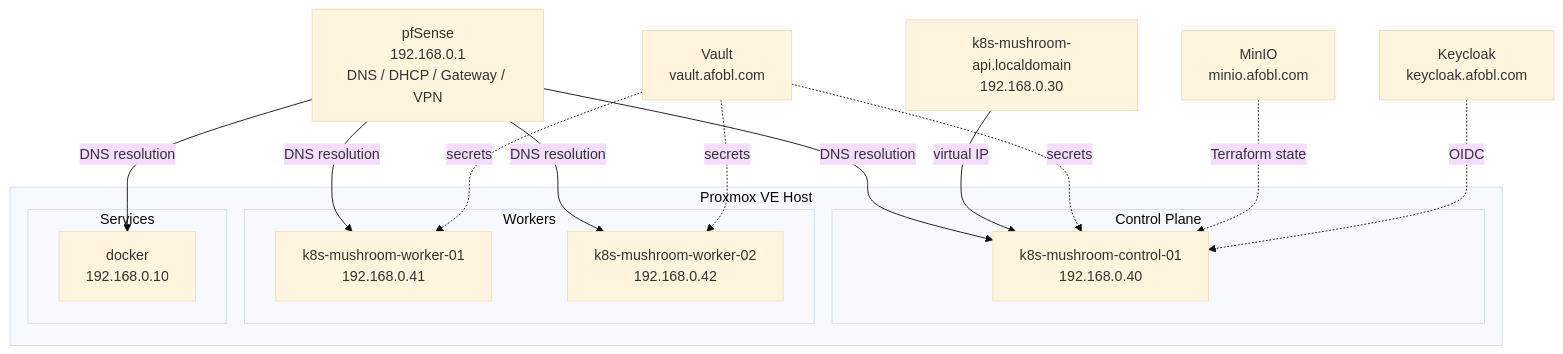
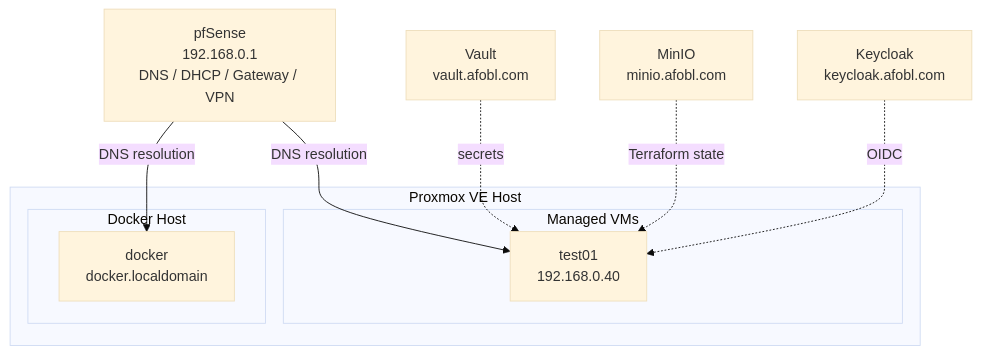
Before and after one commit to warelock2/infraops: the first of 4 diagrams in docs/ARCHITECTURE.md, drawn with Mermaid (base theme). The commit also changed other lines of this file and 7 other files, not shown here.

````diff
--- a/docs/ARCHITECTURE.md
+++ b/docs/ARCHITECTURE.md
@@ -67,32 +73,22 @@
 ```mermaid
 graph TD
     subgraph "Proxmox VE Host"
-        subgraph "Control Plane"
-            CP01["k8s-mushroom-control-01<br/>192.168.0.40"]
+        subgraph "Managed VMs"
+            TEST01["test01<br/>192.168.0.40"]
         end
-        subgraph "Workers"
-            W01["k8s-mushroom-worker-01<br/>192.168.0.41"]
-            W02["k8s-mushroom-worker-02<br/>192.168.0.42"]
-        end
-        subgraph "Services"
-            DOCKER["docker<br/>192.168.0.10"]
+        subgraph "Docker Host"
+            DOCKER["docker<br/>docker.localdomain"]
         end
     end
 
     FIREWALL["pfSense<br/>192.168.0.1<br/>DNS / DHCP / Gateway / VPN"]
-    VIP["k8s-mushroom-api.localdomain<br/>192.168.0.30"]
     VAULT["Vault<br/>vault.afobl.com"]
     MINIO["MinIO<br/>minio.afobl.com"]
     KEYCLOAK["Keycloak<br/>keycloak.afobl.com"]
 
-    FIREWALL -->|"DNS resolution"| CP01
-    FIREWALL -->|"DNS resolution"| W01
-    FIREWALL -->|"DNS resolution"| W02
+    FIREWALL -->|"DNS resolution"| TEST01
     FIREWALL -->|"DNS resolution"| DOCKER
-    VIP -->|"virtual IP"| CP01
-    VAULT -.->|"secrets"| CP01
-    VAULT -.->|"secrets"| W01
-    VAULT -.->|"secrets"| W02
-    MINIO -.->|"Terraform state"| CP01
-    KEYCLOAK -.->|"OIDC"| CP01
+    VAULT -.->|"secrets"| TEST01
+    MINIO -.->|"Terraform state"| TEST01
+    KEYCLOAK -.->|"OIDC"| TEST01
 ```
````
